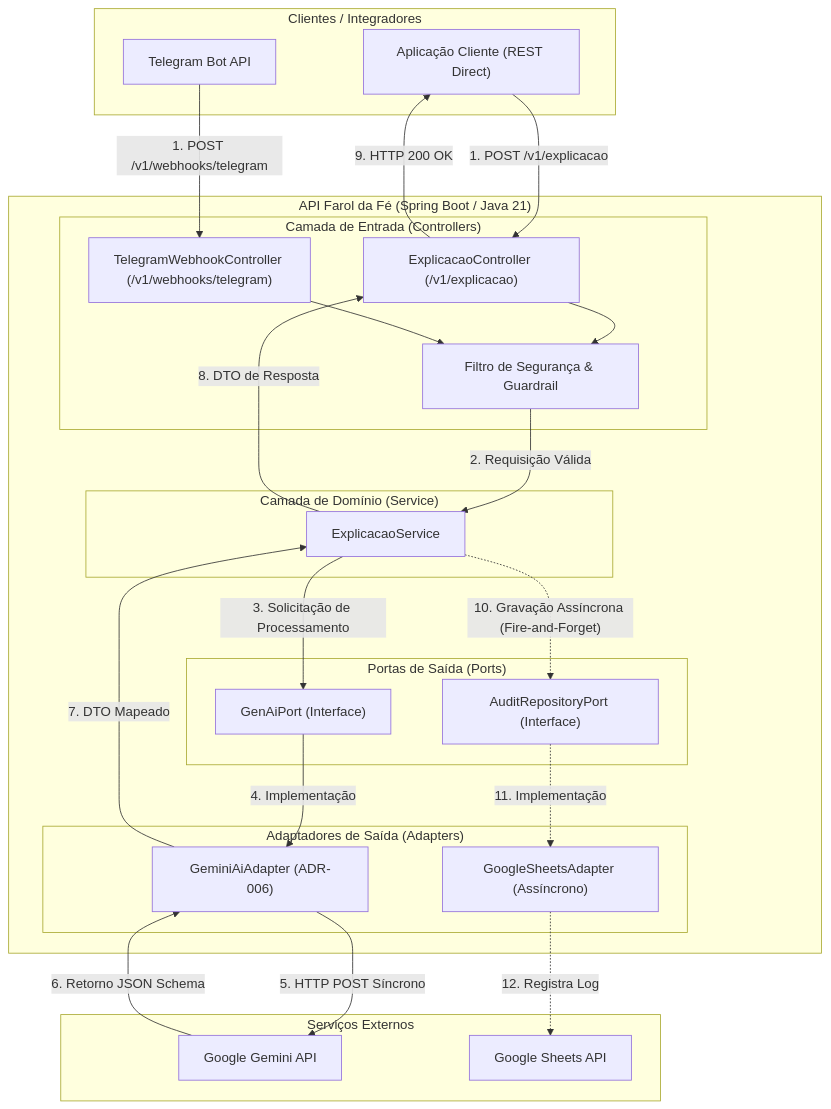
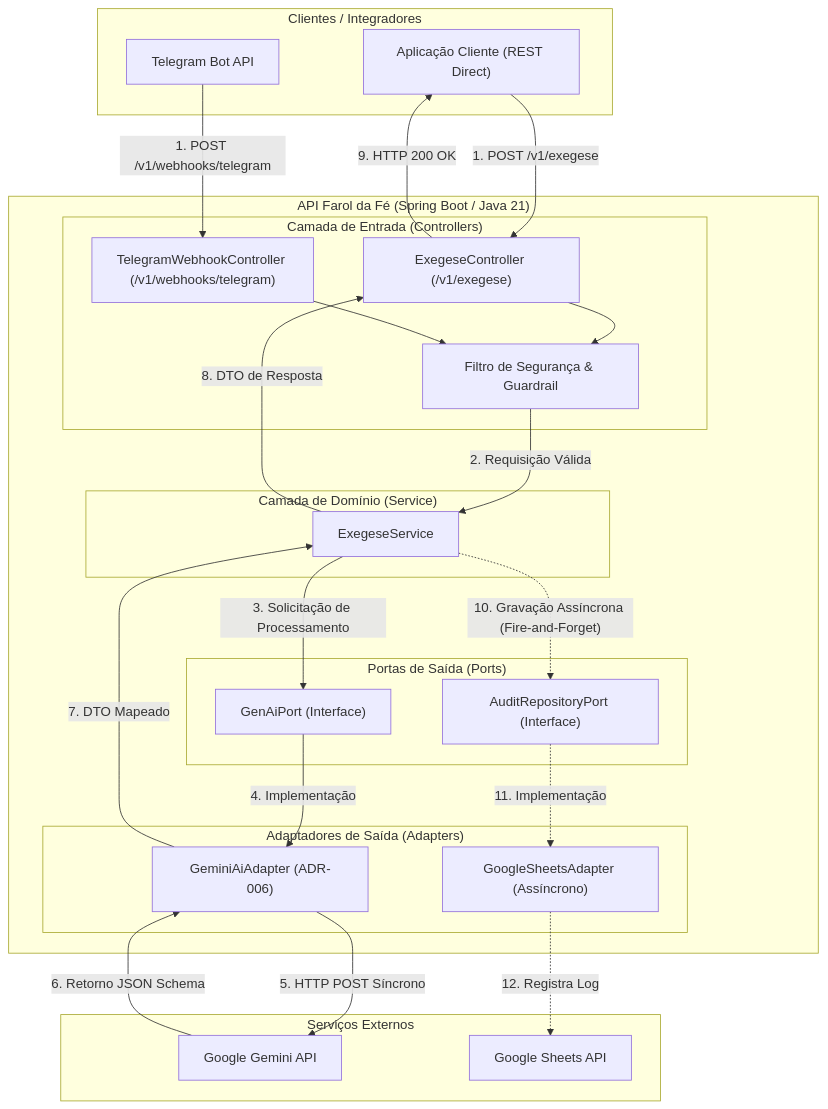
Before and after one commit to razuoss/farol-da-fe-api: the second of 3 diagrams in docs/architeture.md, drawn with Mermaid. The commit also changed other lines of this file and 11 other files, not shown here.

````diff
--- a/docs/architeture.md
+++ b/docs/architeture.md
@@ -134,53 +155,53 @@
 ```mermaid
 graph TD
     subgraph "Clientes / Integradores"
         APP["Aplicação Cliente (REST Direct)"]
         BOT["Telegram Bot API"]
     end
 
     subgraph "API Farol da Fé (Spring Boot / Java 21)"
         subgraph "Camada de Entrada (Controllers)"
-            C_REST["ExplicacaoController (/v1/explicacao)"]
+            C_REST["ExegeseController (/v1/exegese)"]
             C_TG["TelegramWebhookController (/v1/webhooks/telegram)"]
             GUARD["Filtro de Segurança & Guardrail"]
         end
 
         subgraph "Camada de Domínio (Service)"
-            SVC["ExplicacaoService"]
+            SVC["ExegeseService"]
         end
 
         subgraph "Portas de Saída (Ports)"
             P_AI["GenAiPort (Interface)"]
             P_AUDIT["AuditRepositoryPort (Interface)"]
         end
 
         subgraph "Adaptadores de Saída (Adapters)"
             AI_ADAPTER["GeminiAiAdapter (ADR-006)"]
             SHEETS_ADAPTER["GoogleSheetsAdapter (Assíncrono)"]
         end
     end
 
     subgraph "Serviços Externos"
         GEMINI["Google Gemini API"]
         SHEETS["Google Sheets API"]
     end
 
-    APP -->|1. POST /v1/explicacao| C_REST
+    APP -->|1. POST /v1/exegese| C_REST
     BOT -->|1. POST /v1/webhooks/telegram| C_TG
 
     C_REST --> GUARD
     C_TG --> GUARD
 
     GUARD -->|2. Requisição Válida| SVC
     SVC -->|3. Solicitação de Processamento| P_AI
     P_AI -->|4. Implementação| AI_ADAPTER
     AI_ADAPTER -->|5. HTTP POST Síncrono| GEMINI
     GEMINI -- "6. Retorno JSON Schema" --> AI_ADAPTER
     AI_ADAPTER -->|7. DTO Mapeado| SVC
     SVC -->|8. DTO de Resposta| C_REST
     C_REST -- "9. HTTP 200 OK" --> APP
 
     SVC -. "10. Gravação Assíncrona (Fire-and-Forget)" .-> P_AUDIT
     P_AUDIT -. "11. Implementação" .-> SHEETS_ADAPTER
     SHEETS_ADAPTER -. "12. Registra Log" .-> SHEETS
 ```
````
